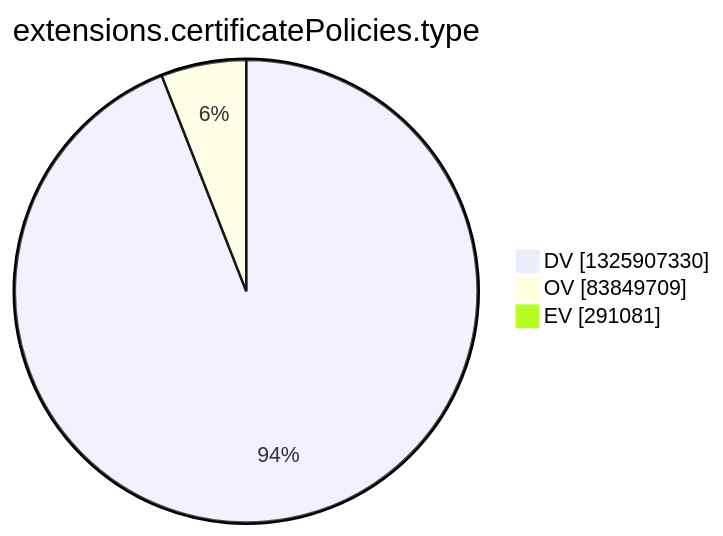
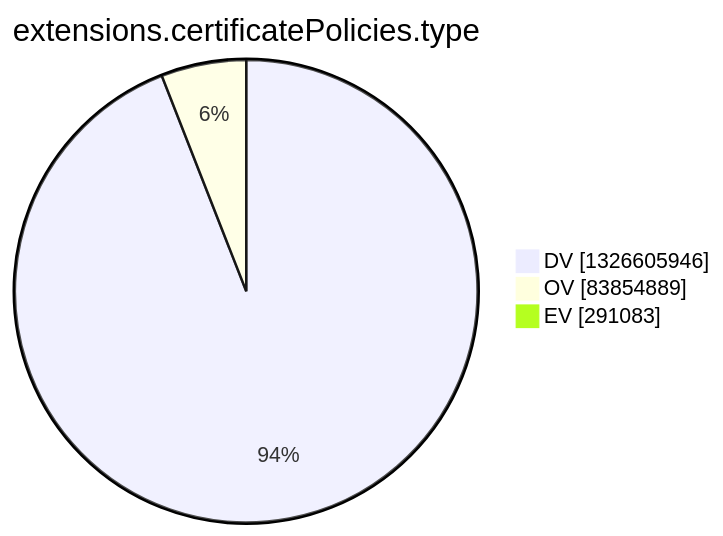
One commit to christiankrug/ctmonitor_visualization changed the tenth of 15 diagrams in argon2022/README.md. Above: the diagram before and after it, drawn with Mermaid. The commit also changed other lines of this file, not shown here.

````diff
--- a/argon2022/README.md
+++ b/argon2022/README.md
@@ -2772,7 +2772,7 @@
 ```mermaid
 pie showData
 title extensions.certificatePolicies.type
-"DV" :1325907330
-"OV" :83849709
-"EV" :291081
+"DV" :1326605946
+"OV" :83854889
+"EV" :291083
 ```
````
